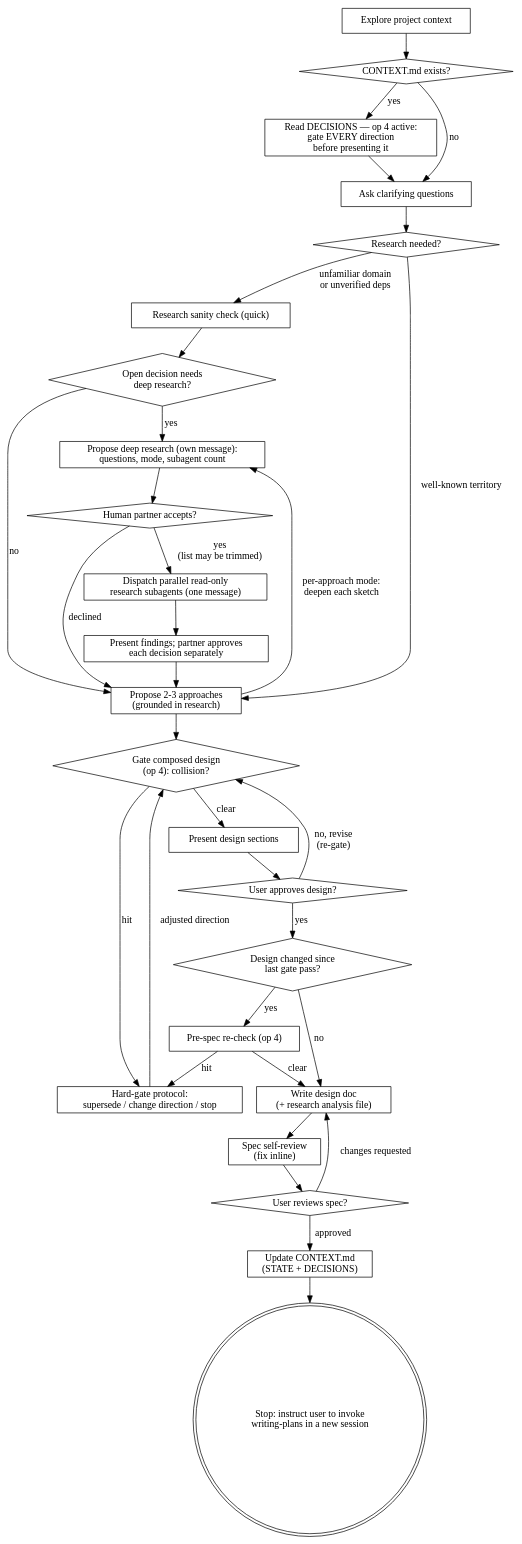
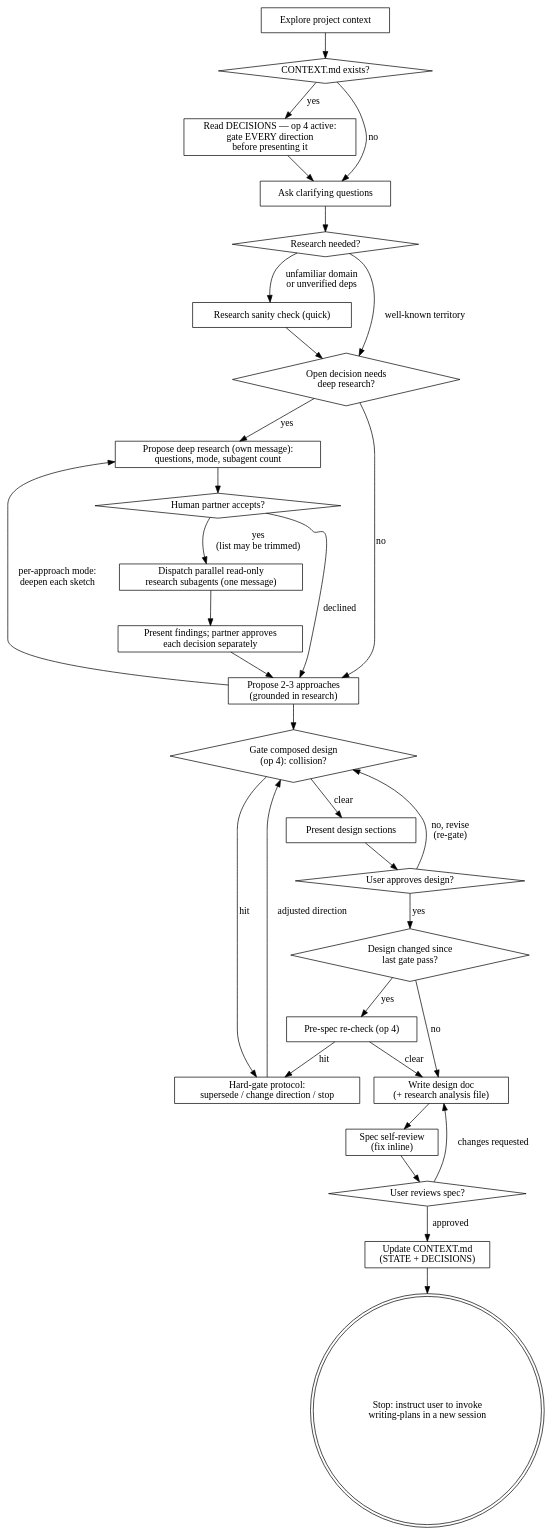
The diagram in skills/brainstorming/SKILL.md (jacek2v/superpowers-j2v), drawn with Graphviz before and after one commit.

Commit message:
docs(brainstorming): route well-known territory through the deep-research check

````diff
--- a/skills/brainstorming/SKILL.md
+++ b/skills/brainstorming/SKILL.md
@@ -56,60 +56,60 @@
 ```dot
 digraph brainstorming {
     "Explore project context" [shape=box];
     "CONTEXT.md exists?" [shape=diamond];
     "Read DECISIONS — op 4 active:\ngate EVERY direction\nbefore presenting it" [shape=box];
     "Ask clarifying questions" [shape=box];
     "Research needed?" [shape=diamond];
     "Research sanity check (quick)" [shape=box];
     "Open decision needs\ndeep research?" [shape=diamond];
     "Propose deep research (own message):\nquestions, mode, subagent count" [shape=box];
     "Human partner accepts?" [shape=diamond];
     "Dispatch parallel read-only\nresearch subagents (one message)" [shape=box];
     "Present findings; partner approves\neach decision separately" [shape=box];
     "Propose 2-3 approaches\n(grounded in research)" [shape=box];
     "Gate composed design\n(op 4): collision?" [shape=diamond];
     "Hard-gate protocol:\nsupersede / change direction / stop" [shape=box];
     "Present design sections" [shape=box];
     "User approves design?" [shape=diamond];
     "Design changed since\nlast gate pass?" [shape=diamond];
     "Pre-spec re-check (op 4)" [shape=box];
     "Write design doc\n(+ research analysis file)" [shape=box];
     "Spec self-review\n(fix inline)" [shape=box];
     "User reviews spec?" [shape=diamond];
     "Update CONTEXT.md\n(STATE + DECISIONS)" [shape=box];
     "Stop: instruct user to invoke\nwriting-plans in a new session" [shape=doublecircle];
 
     "Explore project context" -> "CONTEXT.md exists?";
     "CONTEXT.md exists?" -> "Read DECISIONS — op 4 active:\ngate EVERY direction\nbefore presenting it" [label="yes"];
     "CONTEXT.md exists?" -> "Ask clarifying questions" [label="no"];
     "Read DECISIONS — op 4 active:\ngate EVERY direction\nbefore presenting it" -> "Ask clarifying questions";
     "Ask clarifying questions" -> "Research needed?";
     "Research needed?" -> "Research sanity check (quick)" [label="unfamiliar domain\nor unverified deps"];
-    "Research needed?" -> "Propose 2-3 approaches\n(grounded in research)" [label="well-known territory"];
+    "Research needed?" -> "Open decision needs\ndeep research?" [label="well-known territory"];
     "Research sanity check (quick)" -> "Open decision needs\ndeep research?";
     "Open decision needs\ndeep research?" -> "Propose deep research (own message):\nquestions, mode, subagent count" [label="yes"];
     "Open decision needs\ndeep research?" -> "Propose 2-3 approaches\n(grounded in research)" [label="no"];
     "Propose deep research (own message):\nquestions, mode, subagent count" -> "Human partner accepts?";
     "Human partner accepts?" -> "Dispatch parallel read-only\nresearch subagents (one message)" [label="yes\n(list may be trimmed)"];
     "Human partner accepts?" -> "Propose 2-3 approaches\n(grounded in research)" [label="declined"];
     "Dispatch parallel read-only\nresearch subagents (one message)" -> "Present findings; partner approves\neach decision separately";
     "Present findings; partner approves\neach decision separately" -> "Propose 2-3 approaches\n(grounded in research)";
     "Propose 2-3 approaches\n(grounded in research)" -> "Propose deep research (own message):\nquestions, mode, subagent count" [label="per-approach mode:\ndeepen each sketch"];
     "Propose 2-3 approaches\n(grounded in research)" -> "Gate composed design\n(op 4): collision?";
     "Gate composed design\n(op 4): collision?" -> "Hard-gate protocol:\nsupersede / change direction / stop" [label="hit"];
     "Hard-gate protocol:\nsupersede / change direction / stop" -> "Gate composed design\n(op 4): collision?" [label="adjusted direction"];
     "Gate composed design\n(op 4): collision?" -> "Present design sections" [label="clear"];
     "Present design sections" -> "User approves design?";
     "User approves design?" -> "Gate composed design\n(op 4): collision?" [label="no, revise\n(re-gate)"];
     "User approves design?" -> "Design changed since\nlast gate pass?" [label="yes"];
     "Design changed since\nlast gate pass?" -> "Pre-spec re-check (op 4)" [label="yes"];
     "Design changed since\nlast gate pass?" -> "Write design doc\n(+ research analysis file)" [label="no"];
     "Pre-spec re-check (op 4)" -> "Write design doc\n(+ research analysis file)" [label="clear"];
     "Pre-spec re-check (op 4)" -> "Hard-gate protocol:\nsupersede / change direction / stop" [label="hit"];
     "Write design doc\n(+ research analysis file)" -> "Spec self-review\n(fix inline)";
     "Spec self-review\n(fix inline)" -> "User reviews spec?";
     "User reviews spec?" -> "Write design doc\n(+ research analysis file)" [label="changes requested"];
     "User reviews spec?" -> "Update CONTEXT.md\n(STATE + DECISIONS)" [label="approved"];
     "Update CONTEXT.md\n(STATE + DECISIONS)" -> "Stop: instruct user to invoke\nwriting-plans in a new session";
 }
 ```
````
